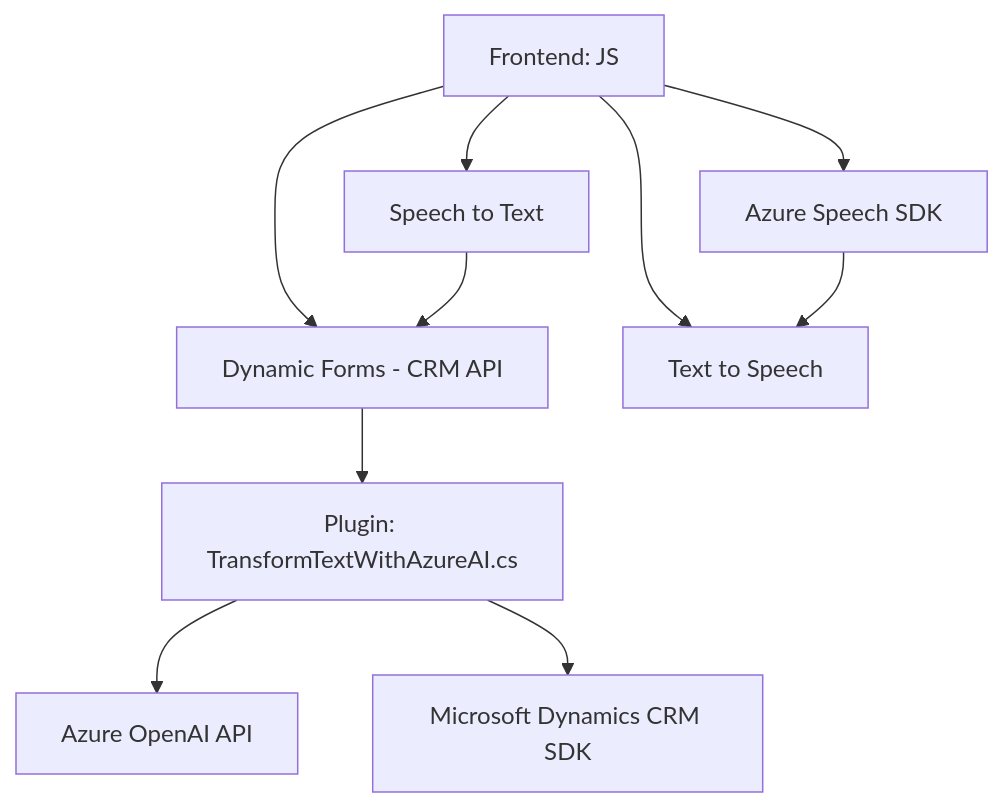
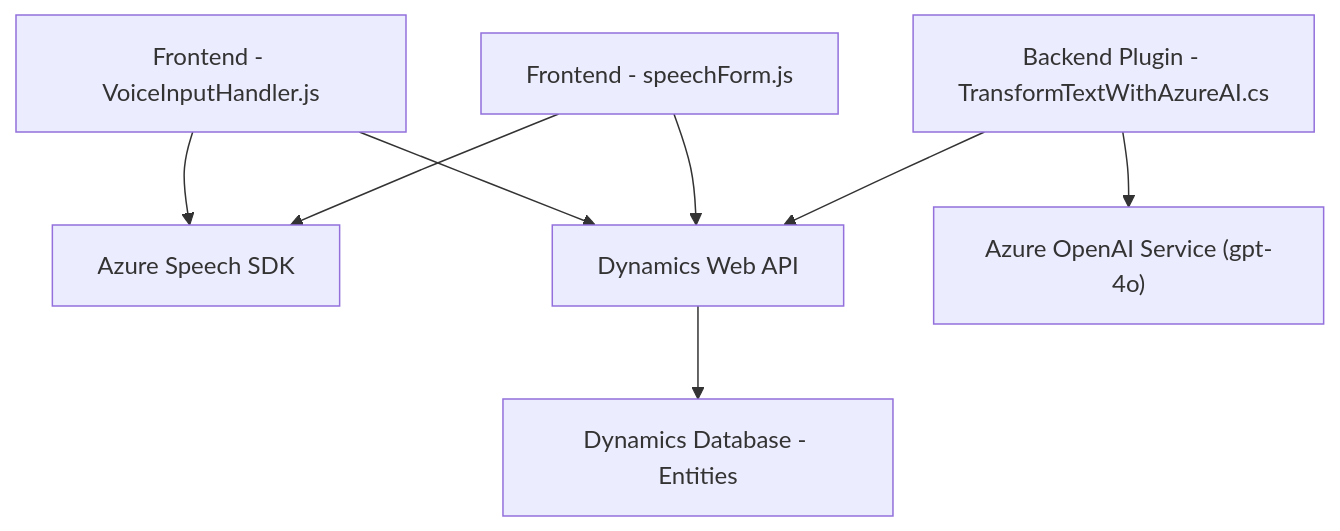
The diagram in README.md (blopezdm/NETCORE_BILBAO2025), drawn with Mermaid before and after one commit. The commit also changed other lines of this file, not shown here.

````diff
--- a/README.md
+++ b/README.md
@@ -45,12 +60,10 @@
 ```mermaid
 graph TD
-    A["Frontend: JS"] --> B["Azure Speech SDK"]
-    A --> C["Dynamic Forms - CRM API"]
-    A --> D["Speech to Text"]
-    A --> E["Text to Speech"]
+    A["Frontend - VoiceInputHandler.js"] --> B["Azure Speech SDK"]
+    A --> C["Dynamics Web API"]
+    D["Frontend - speechForm.js"] --> B
     D --> C
-    B --> E
-    C --> F["Plugin: TransformTextWithAzureAI.cs"]
-    F --> G["Azure OpenAI API"]
-    F --> H["Microsoft Dynamics CRM SDK"]
+    E["Backend Plugin - TransformTextWithAzureAI.cs"] --> G["Azure OpenAI Service (gpt-4o)"]
+    E --> C
+    C --> F["Dynamics Database - Entities"]
 ```
````
